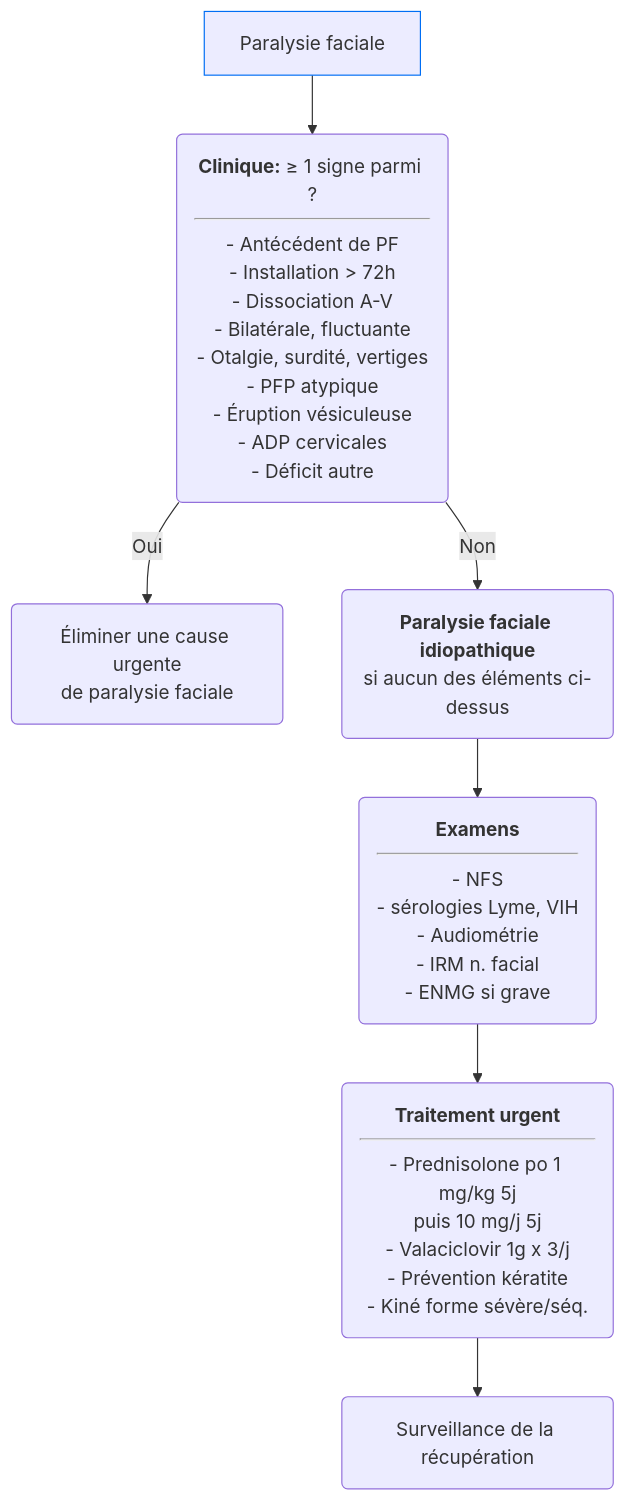
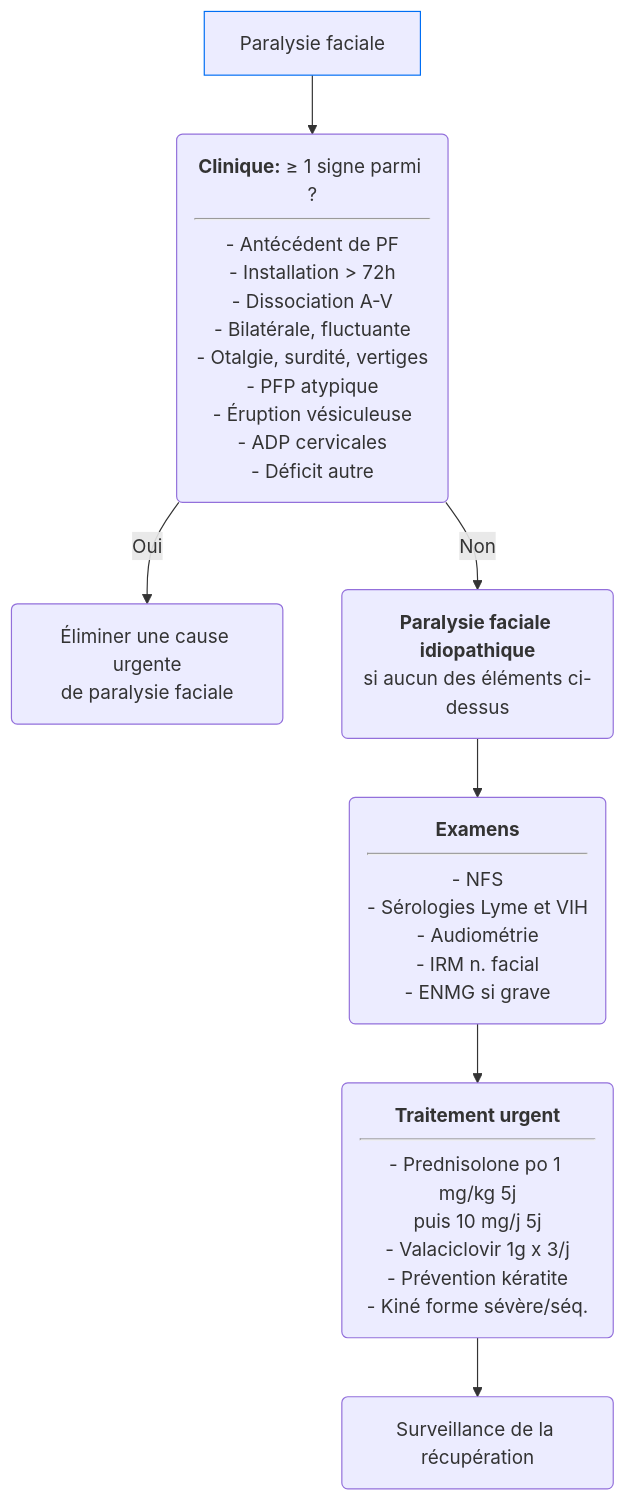
One commit to djibe/recommandations-medicales changed the diagram in content/recommandations/paralysie-faciale-idiopathique.md. Above: the diagram before and after it, drawn with Mermaid. The commit also changed other lines of this file and 17 other files, not shown here.

```diff
--- a/content/recommandations/paralysie-faciale-idiopathique.md
+++ b/content/recommandations/paralysie-faciale-idiopathique.md
@@ -246,10 +242,10 @@
 {{< mermaid title="Conduite à tenir devant une paralysie faciale idiopathique. Dr JB FRON d'après SFORL 2020" >}}
 graph TB
   PF[Paralysie faciale] --> atypie("<b>Clinique:</b> &ge; 1 signe parmi ?<hr>- Antécédent de PF<br>- Installation &gt; 72h<br>- Dissociation A-V<br>- Bilatérale, fluctuante<br>- Otalgie, surdité, vertiges<br>- PFP atypique<br>- Éruption vésiculeuse<br>- ADP cervicales<br>- Déficit autre")
   style PF stroke:#006ef4, stroke-width:1px
     atypie -- Oui --> differentiel("Éliminer une cause urgente<br>de paralysie faciale")
     atypie -- Non --> PFI("<b>Paralysie faciale idiopathique</b><br>si aucun des éléments ci-dessus")
-      PFI --> bilan("<b>Examens</b><hr>- NFS<br>- sérologies Lyme, VIH<br>- Audiométrie<br>- IRM n. facial<br>- ENMG si grave")
+      PFI --> bilan("<b>Examens</b><hr>- NFS<br>- Sérologies Lyme et VIH<br>- Audiométrie<br>- IRM n. facial<br>- ENMG si grave")
         bilan --> ttt("<b>Traitement urgent</b><hr>- Prednisolone po 1 mg/kg 5j<br>puis 10 mg/j 5j<br>- Valaciclovir 1g x 3/j<br>- Prévention kératite<br>- Kiné forme sévère/séq.")
           ttt --> surv(Surveillance de la récupération)
 {{< /mermaid >}}
```
